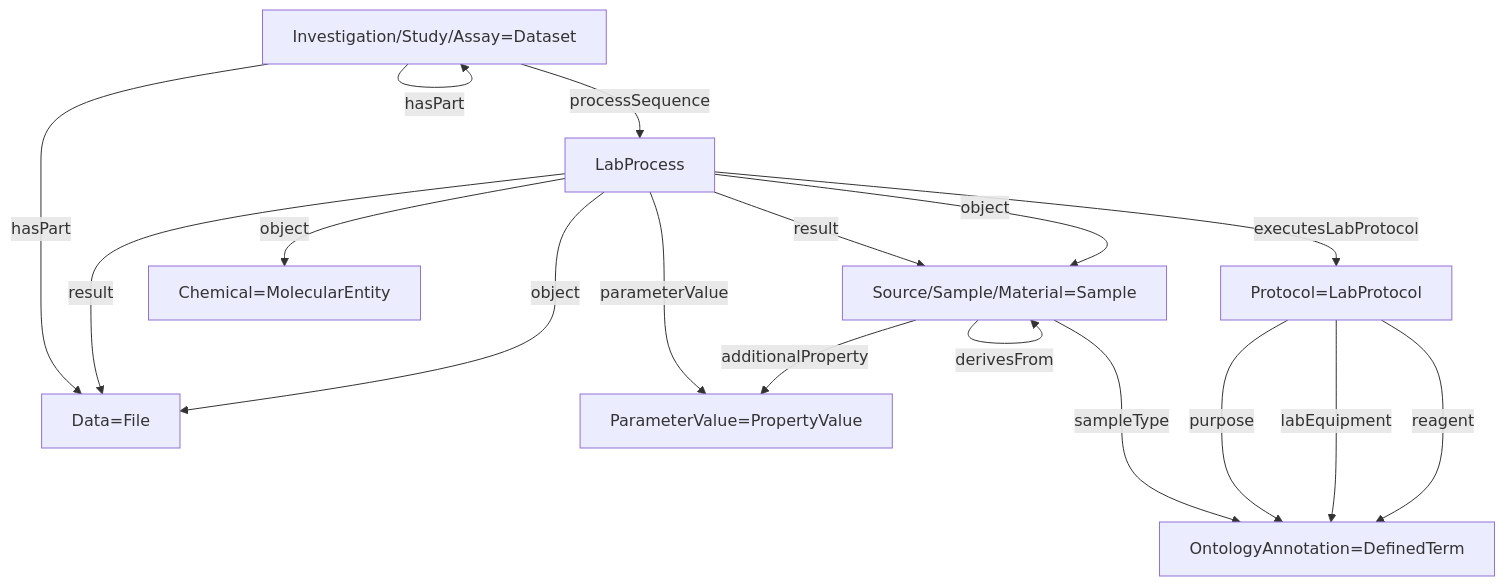
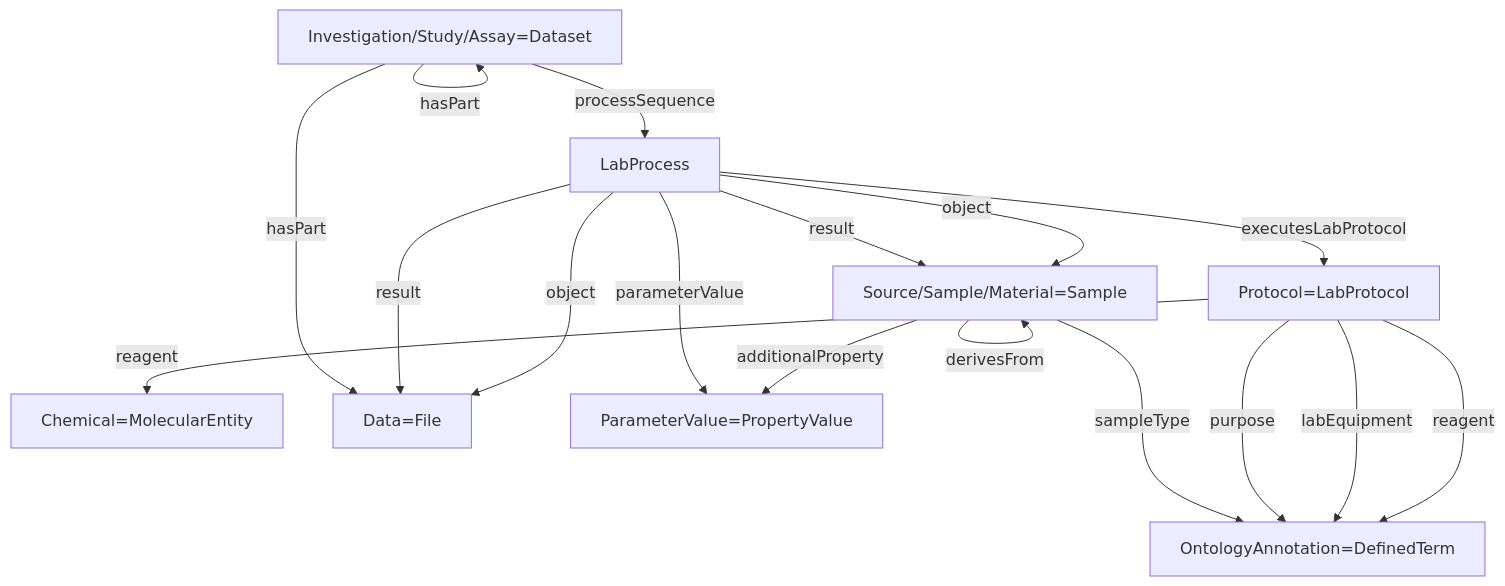
Before and after one commit to johannehouweling/vitro-crate: the diagram in profiles/docs/isa_tox.md, drawn with Mermaid. The commit also changed other lines of this file and 5 other files, not shown here.

````diff
--- a/profiles/docs/isa_tox.md
+++ b/profiles/docs/isa_tox.md
@@ -48,41 +48,41 @@
 ```mermaid
 
 flowchart TD
 
 dataset[Investigation/Study/Assay=Dataset]
 
 Process[LabProcess]
 
 Protocol[Protocol=LabProtocol]
 
 BioSample[Source/Sample/Material=Sample]
 
 Mol[Chemical=MolecularEntity]
 
 DataFile[Data=File]
 
 ont[OntologyAnnotation=DefinedTerm]
 
 prop[ParameterValue=PropertyValue]
 
 dataset --hasPart--> dataset
 dataset --hasPart----> DataFile
 dataset --processSequence--> Process
 
 Process --"result"---> DataFile
 Process --"result"--> BioSample
 Process --"object"--> BioSample
-Process --"object"--> Mol
 Process --"object"---> DataFile
 Process --executesLabProtocol--> Protocol
 Process --parameterValue---> prop
 
 BioSample --derivesFrom--> BioSample
 BioSample --sampleType--> ont
 BioSample --additionalProperty--> prop
 
 Protocol --purpose---> ont
 Protocol --labEquipment---> ont
 Protocol --reagent---> ont
+Protocol --reagent--> Mol
 
 ```
````
